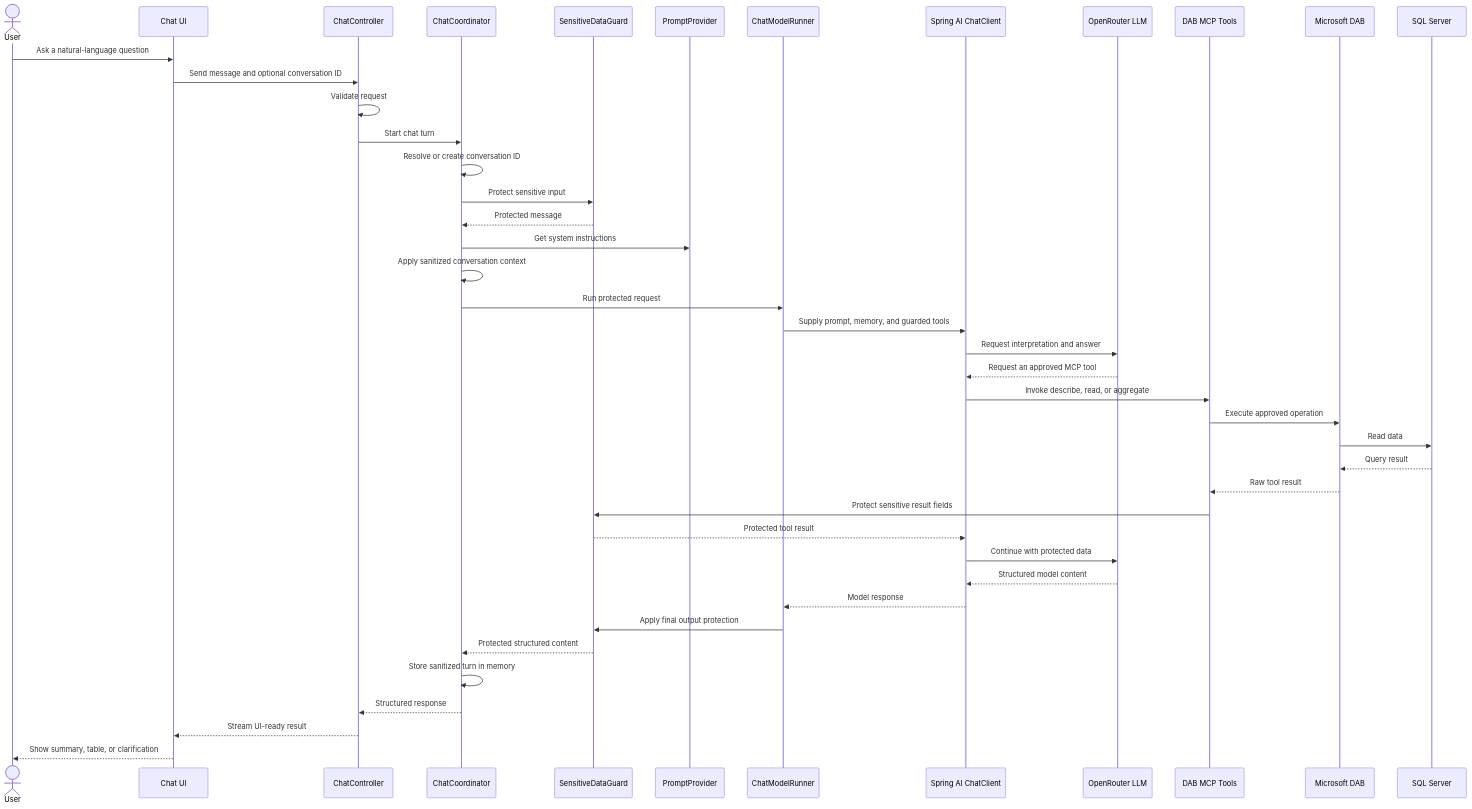
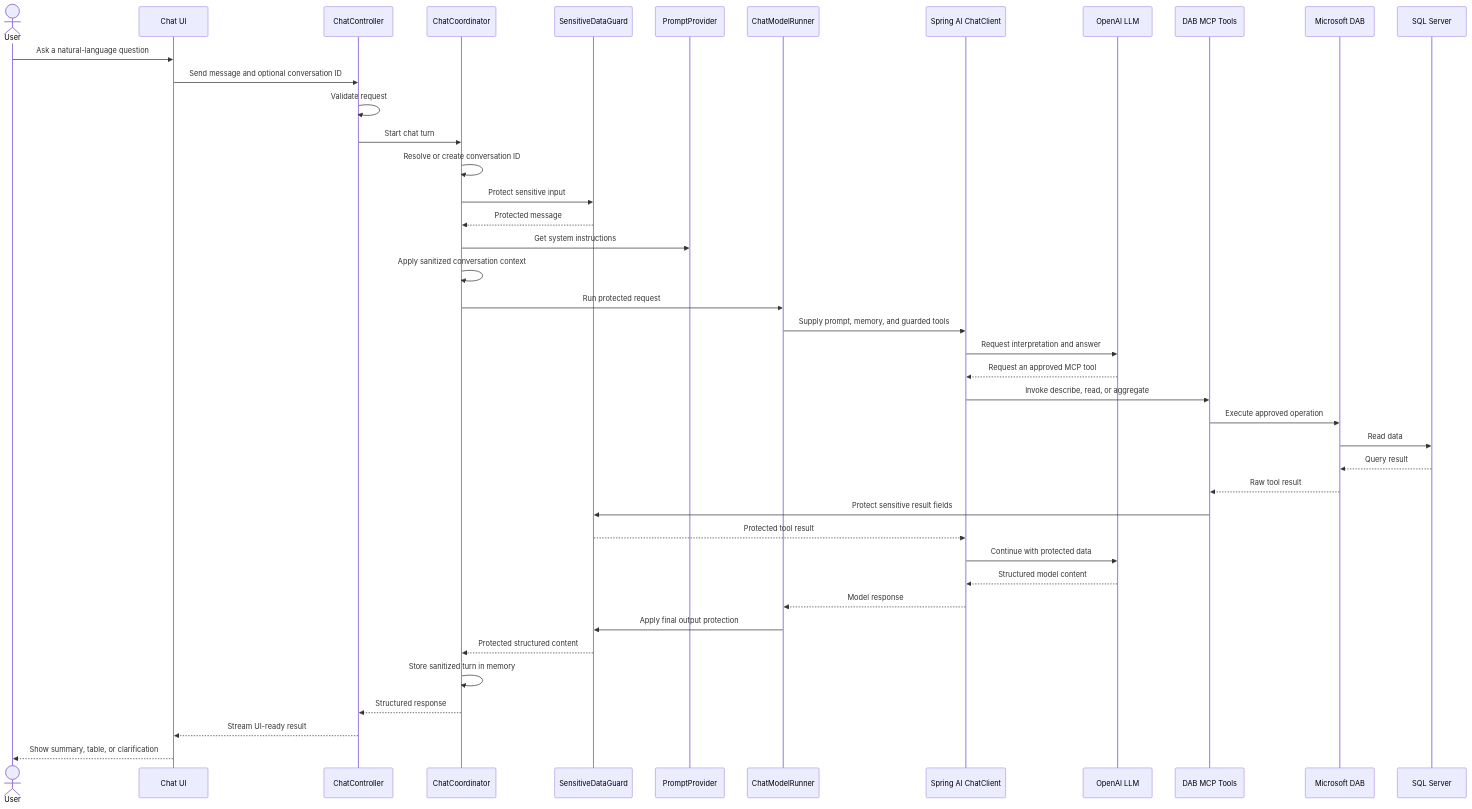
The diagram in docs/poc-architecture.md (prakashmutyala07/sql-mcp), drawn with Mermaid before and after one commit. The commit also changed other lines of this file and 15 other files, not shown here.

````diff
--- a/docs/poc-architecture.md
+++ b/docs/poc-architecture.md
@@ -38,45 +38,45 @@
 ```mermaid
 sequenceDiagram
     actor User
     participant UI as Chat UI
     participant API as ChatController
     participant Coordinator as ChatCoordinator
     participant Guard as SensitiveDataGuard
     participant Prompt as PromptProvider
     participant Runner as ChatModelRunner
     participant Client as Spring AI ChatClient
-    participant LLM as OpenRouter LLM
+    participant LLM as OpenAI LLM
     participant MCP as DAB MCP Tools
     participant DAB as Microsoft DAB
     participant SQL as SQL Server
 
     User->>UI: Ask a natural-language question
     UI->>API: Send message and optional conversation ID
     API->>API: Validate request
     API->>Coordinator: Start chat turn
     Coordinator->>Coordinator: Resolve or create conversation ID
     Coordinator->>Guard: Protect sensitive input
     Guard-->>Coordinator: Protected message
     Coordinator->>Prompt: Get system instructions
     Coordinator->>Coordinator: Apply sanitized conversation context
     Coordinator->>Runner: Run protected request
     Runner->>Client: Supply prompt, memory, and guarded tools
     Client->>LLM: Request interpretation and answer
     LLM-->>Client: Request an approved MCP tool
     Client->>MCP: Invoke describe, read, or aggregate
     MCP->>DAB: Execute approved operation
     DAB->>SQL: Read data
     SQL-->>DAB: Query result
     DAB-->>MCP: Raw tool result
     MCP->>Guard: Protect sensitive result fields
     Guard-->>Client: Protected tool result
     Client->>LLM: Continue with protected data
     LLM-->>Client: Structured model content
     Client-->>Runner: Model response
     Runner->>Guard: Apply final output protection
     Guard-->>Coordinator: Protected structured content
     Coordinator->>Coordinator: Store sanitized turn in memory
     Coordinator-->>API: Structured response
     API-->>UI: Stream UI-ready result
     UI-->>User: Show summary, table, or clarification
 ```
````
